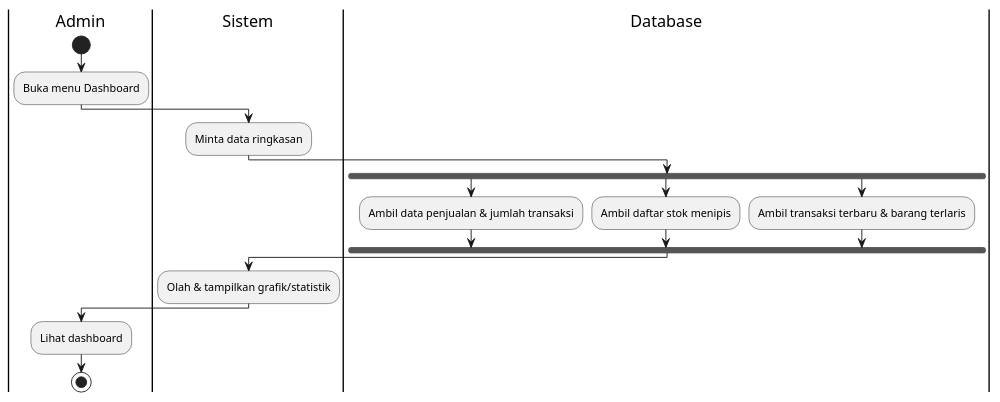
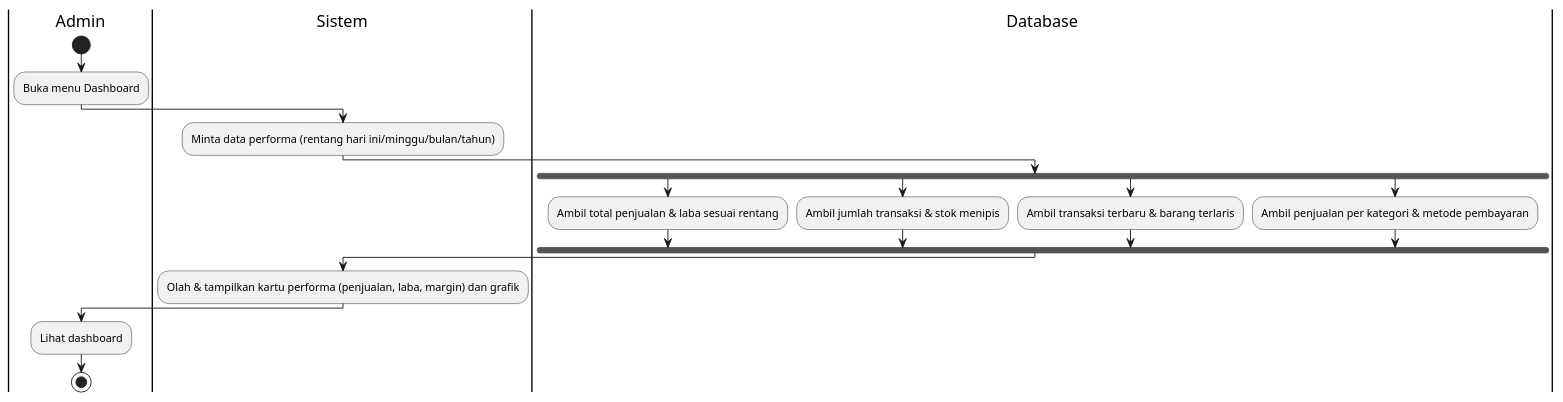
Before and after one commit to mgalihpp/warung-pos: the sixth of 11 diagrams in docs/activity/activity-diagram.md, drawn with PlantUML. The commit also changed 2 other files, not shown here.

Commit message:
fix: return barang edit to detail

````diff
--- a/docs/activity/activity-diagram.md
+++ b/docs/activity/activity-diagram.md
@@ -215,25 +215,27 @@
 ```plantuml
 @startuml
 |Admin|
 |Sistem|
 |Database|
 |Admin|
 start
 :Buka menu Dashboard;
 |Sistem|
-:Minta data ringkasan;
+:Minta data performa (rentang hari ini/minggu/bulan/tahun);
 |Database|
 fork
-  :Ambil data penjualan & jumlah transaksi;
+  :Ambil total penjualan & laba sesuai rentang;
 fork again
-  :Ambil daftar stok menipis;
+  :Ambil jumlah transaksi & stok menipis;
 fork again
   :Ambil transaksi terbaru & barang terlaris;
+fork again
+  :Ambil penjualan per kategori & metode pembayaran;
 end fork
 |Sistem|
-:Olah & tampilkan grafik/statistik;
+:Olah & tampilkan kartu performa (penjualan, laba, margin) dan grafik;
 |Admin|
 :Lihat dashboard;
 stop
 @enduml
 ```
````
